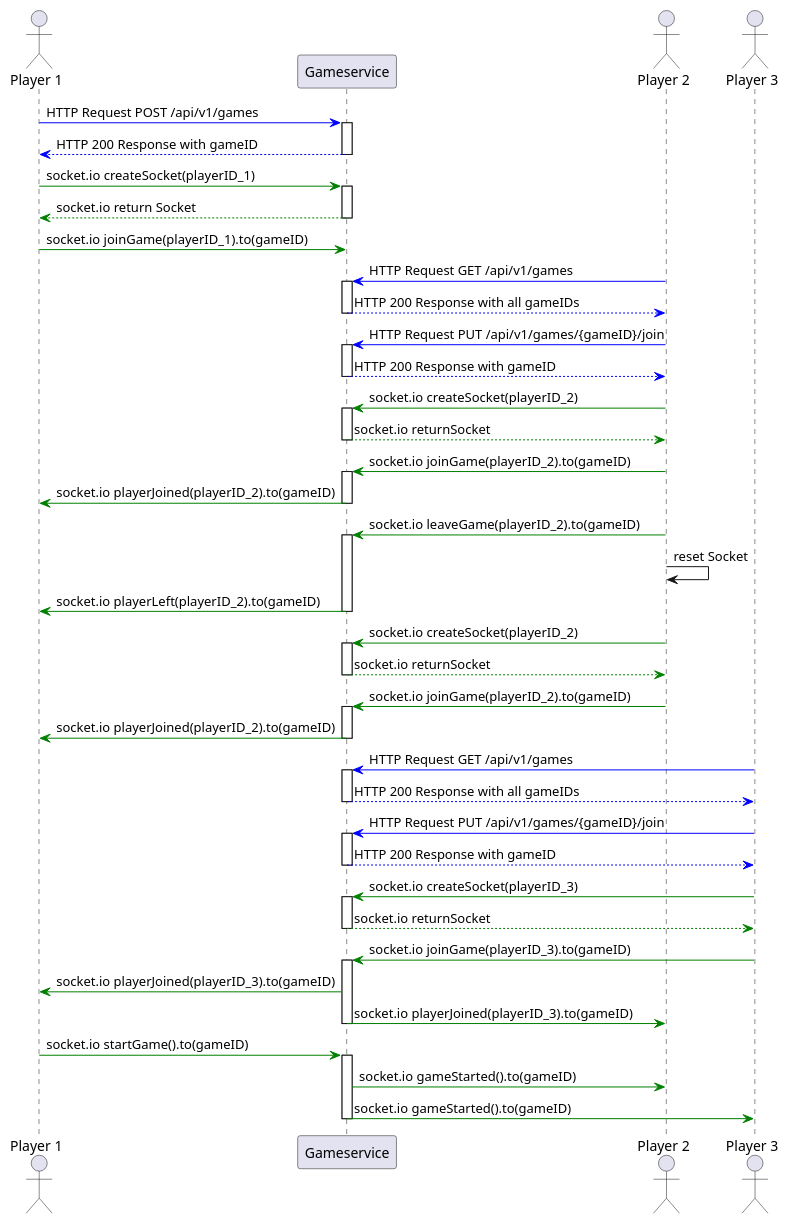
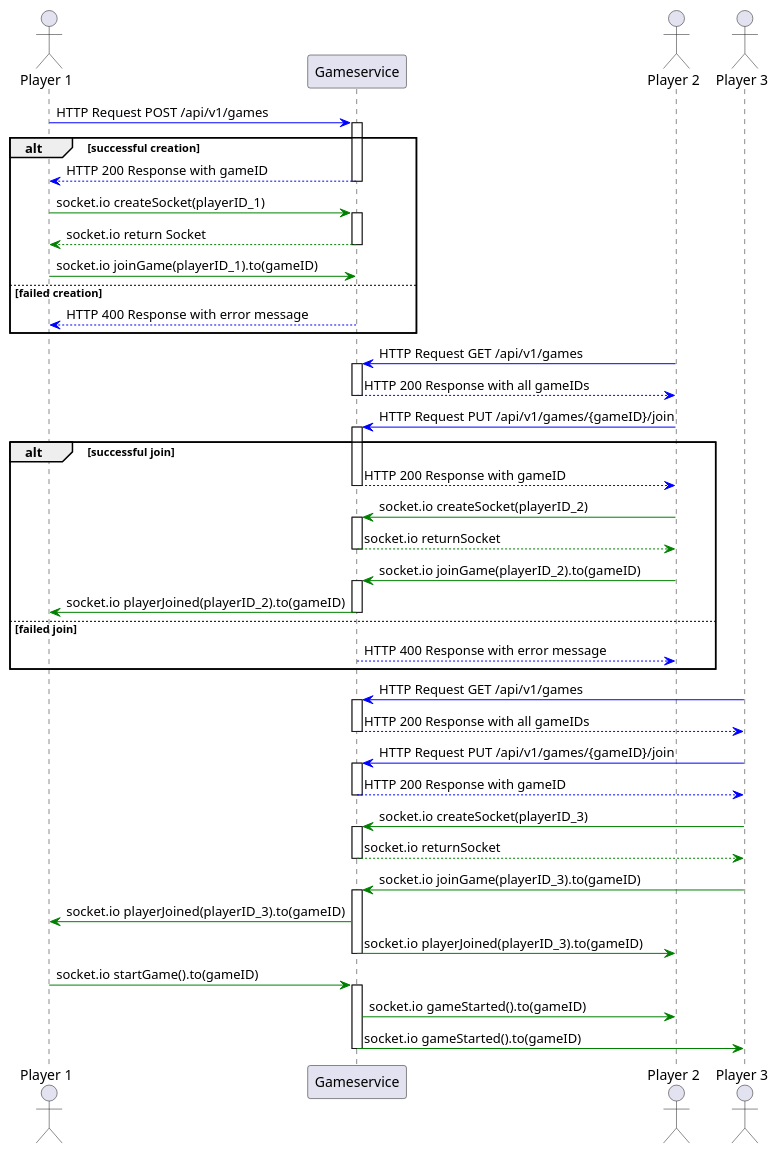
Before and after one commit to distributed-bangers/p2p-game: the diagram in documentation/sequence_lobby_join.puml, drawn with PlantUML. The commit also changed 1 other file, not shown here.

```diff
--- a/documentation/sequence_lobby_join.puml
+++ b/documentation/sequence_lobby_join.puml
@@ -1,69 +1,64 @@
 @startuml start_and_joi
 actor "Player 1" as p1
 participant "Gameservice" as gs
 actor "Player 2" as p2
 actor "Player 3" as p3
 
 p1 -[#blue]> gs: HTTP Request POST /api/v1/games
 activate gs
+alt successful creation
 gs --[#blue]> p1: HTTP 200 Response with gameID
 deactivate gs
+
 p1 -[#green]> gs: socket.io createSocket(playerID_1)
 activate gs
 gs --[#green]> p1: socket.io return Socket
 deactivate gs
 p1 -[#green]> gs: socket.io joinGame(playerID_1).to(gameID)  
+else failed creation
+gs --[#blue]> p1: HTTP 400 Response with error message
+end
 p2 -[#blue]> gs: HTTP Request GET /api/v1/games
 activate gs
 gs --[#blue]> p2: HTTP 200 Response with all gameIDs
 deactivate gs
 p2 -[#blue]> gs: HTTP Request PUT /api/v1/games/{gameID}/join
 activate gs
+alt successful join
 gs --[#blue]> p2: HTTP 200 Response with gameID
 deactivate gs
 p2 -[#green]> gs: socket.io createSocket(playerID_2)
 activate gs
 gs --[#green]> p2: socket.io returnSocket
 deactivate gs
 p2 -[#green]> gs: socket.io joinGame(playerID_2).to(gameID)
 activate gs
 gs -[#green]> p1: socket.io playerJoined(playerID_2).to(gameID)
 deactivate gs
-p2 -[#green]> gs: socket.io leaveGame(playerID_2).to(gameID)
-activate gs
-p2 -> p2: reset Socket
-gs -[#green]> p1: socket.io playerLeft(playerID_2).to(gameID)
-deactivate gs
-
-p2 -[#green]> gs: socket.io createSocket(playerID_2)
-activate gs
-gs --[#green]> p2: socket.io returnSocket
-deactivate gs
-p2 -[#green]> gs: socket.io joinGame(playerID_2).to(gameID)
-activate gs
-gs -[#green]> p1: socket.io playerJoined(playerID_2).to(gameID)
-deactivate gs
+else failed join
+gs --[#blue]> p2: HTTP 400 Response with error message
+end
 p3 -[#blue]> gs: HTTP Request GET /api/v1/games
 activate gs
 gs --[#blue]> p3: HTTP 200 Response with all gameIDs
 deactivate gs
 p3 -[#blue]> gs: HTTP Request PUT /api/v1/games/{gameID}/join
 activate gs
 gs --[#blue]> p3: HTTP 200 Response with gameID
 deactivate gs
 p3 -[#green]> gs: socket.io createSocket(playerID_3)
 activate gs
 gs --[#green]> p3: socket.io returnSocket
 deactivate gs
 p3 -[#green]> gs: socket.io joinGame(playerID_3).to(gameID)
 activate gs
 gs -[#green]> p1: socket.io playerJoined(playerID_3).to(gameID)
 gs -[#green]> p2: socket.io playerJoined(playerID_3).to(gameID)
 deactivate gs
 p1 -[#green]> gs: socket.io startGame().to(gameID)
 activate gs
 gs -[#green]> p2: socket.io gameStarted().to(gameID)
 gs -[#green]> p3: socket.io gameStarted().to(gameID)
 deactivate gs
 
 @enduml
```
